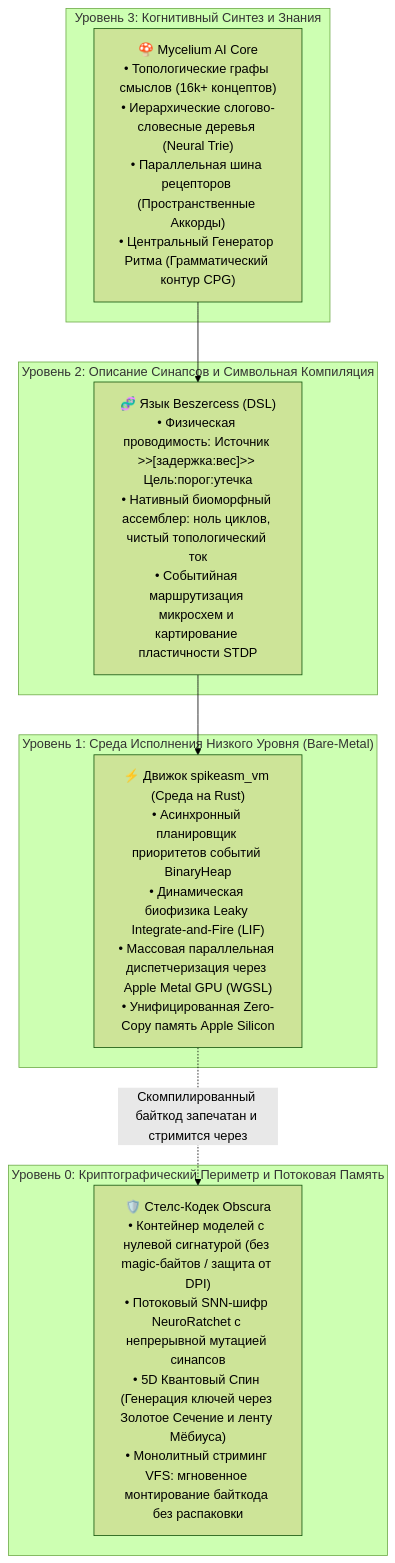
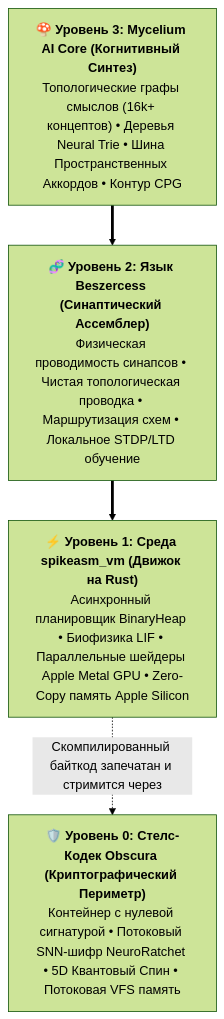
Before and after one commit to sangaafilum/Mycelium-AI: the first of 2 diagrams in README_RU.md, drawn with Mermaid (forest theme). The commit also changed other lines of this file and 1 other file, not shown here.

Commit message:
docs: redesign architecture diagrams to wide horizontal full-width layouts with descending cascade arrows

````diff
--- a/README_RU.md
+++ b/README_RU.md
@@ -22,19 +22,11 @@
 ```mermaid
 flowchart TD
-    subgraph L3["Уровень 3: Когнитивный Синтез и Знания"]
-        MYC["🍄 Mycelium AI Core<br/>• Топологические графы смыслов (16k+ концептов)<br/>• Иерархические слогово-словесные деревья (Neural Trie)<br/>• Параллельная шина рецепторов (Пространственные Аккорды)<br/>• Центральный Генератор Ритма (Грамматический контур CPG)"]
-    end
-    subgraph L2["Уровень 2: Описание Синапсов и Символьная Компиляция"]
-        BESZ["🧬 Язык Beszercess (DSL)<br/>• Физическая проводимость: Источник >>[задержка:вес]>> Цель:порог:утечка<br/>• Нативный биоморфный ассемблер: ноль циклов, чистый топологический ток<br/>• Событийная маршрутизация микросхем и картирование пластичности STDP"]
-    end
-    subgraph L1["Уровень 1: Среда Исполнения Низкого Уровня (Bare-Metal)"]
-        SVM["⚡ Движок spikeasm_vm (Среда на Rust)<br/>• Асинхронный планировщик приоритетов событий BinaryHeap<br/>• Динамическая биофизика Leaky Integrate-and-Fire (LIF)<br/>• Массовая параллельная диспетчеризация через Apple Metal GPU (WGSL)<br/>• Унифицированная Zero-Copy память Apple Silicon"]
-    end
-    subgraph L0["Уровень 0: Криптографический Периметр и Потоковая Память"]
-        OBS["🛡️ Стелс-Кодек Obscura<br/>• Контейнер моделей с нулевой сигнатурой (без magic-байтов / защита от DPI)<br/>• Потоковый SNN-шифр NeuroRatchet с непрерывной мутацией синапсов<br/>• 5D Квантовый Спин (Генерация ключей через Золотое Сечение и ленту Мёбиуса)<br/>• Монолитный стриминг VFS: мгновенное монтирование байткода без распаковки"]
-    end
+    MYC["<b>🍄 Уровень 3: Mycelium AI Core (Когнитивный Синтез)</b><br/>Топологические графы смыслов (16k+ концептов) • Деревья Neural Trie • Шина Пространственных Аккордов • Контур CPG"]
+    BESZ["<b>🧬 Уровень 2: Язык Beszercess (Синаптический Ассемблер)</b><br/>Физическая проводимость синапсов • Чистая топологическая проводка • Маршрутизация схем • Локальное STDP/LTD обучение"]
+    SVM["<b>⚡ Уровень 1: Среда spikeasm_vm (Движок на Rust)</b><br/>Асинхронный планировщик BinaryHeap • Биофизика LIF • Параллельные шейдеры Apple Metal GPU • Zero-Copy память Apple Silicon"]
+    OBS["<b>🛡️ Уровень 0: Стелс-Кодек Obscura (Криптографический Периметр)</b><br/>Контейнер с нулевой сигнатурой • Потоковый SNN-шифр NeuroRatchet • 5D Квантовый Спин • Потоковая VFS память"]
 
-    MYC --> BESZ
-    BESZ --> SVM
+    MYC ==> BESZ
+    BESZ ==> SVM
     SVM -. "Скомпилированный байткод запечатан и стримится через" .-> OBS
 ```
````
